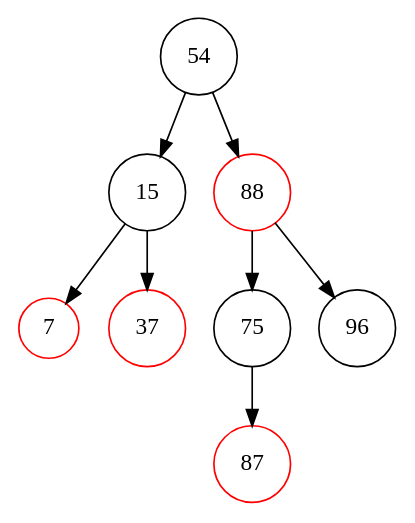
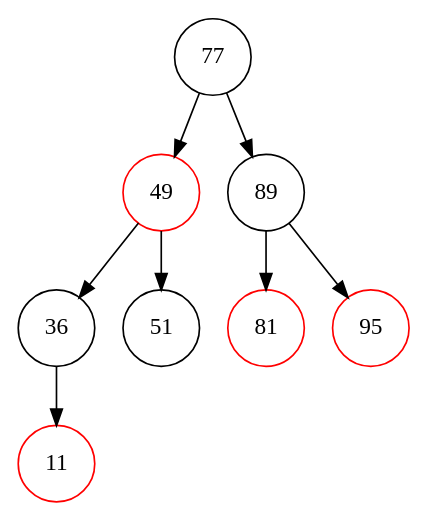
One commit to Koreleth/rbtrees changed the diagram in tree_step_7.dot. Above: the diagram before and after it, drawn with Graphviz. The commit also changed 19 other files, not shown here.

```diff
--- a/tree_step_7.dot
+++ b/tree_step_7.dot
@@ -1,18 +1,18 @@
 digraph RBTree {
     node [shape=circle];
-    "54" [color=black];
-    "54" -> "15";
-    "15" [color=black];
-    "15" -> "7";
-    "7" [color=red];
-    "15" -> "37";
-    "37" [color=red];
-    "54" -> "88";
-    "88" [color=red];
-    "88" -> "75";
-    "75" [color=black];
-    "75" -> "87";
-    "87" [color=red];
-    "88" -> "96";
-    "96" [color=black];
+    "77" [color=black];
+    "77" -> "49";
+    "49" [color=red];
+    "49" -> "36";
+    "36" [color=black];
+    "36" -> "11";
+    "11" [color=red];
+    "49" -> "51";
+    "51" [color=black];
+    "77" -> "89";
+    "89" [color=black];
+    "89" -> "81";
+    "81" [color=red];
+    "89" -> "95";
+    "95" [color=red];
 }
```
